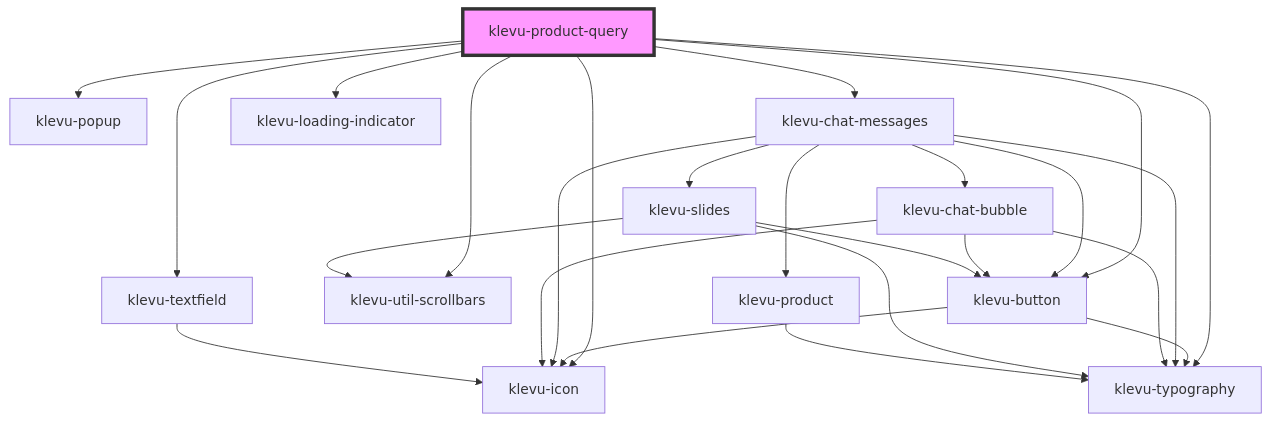
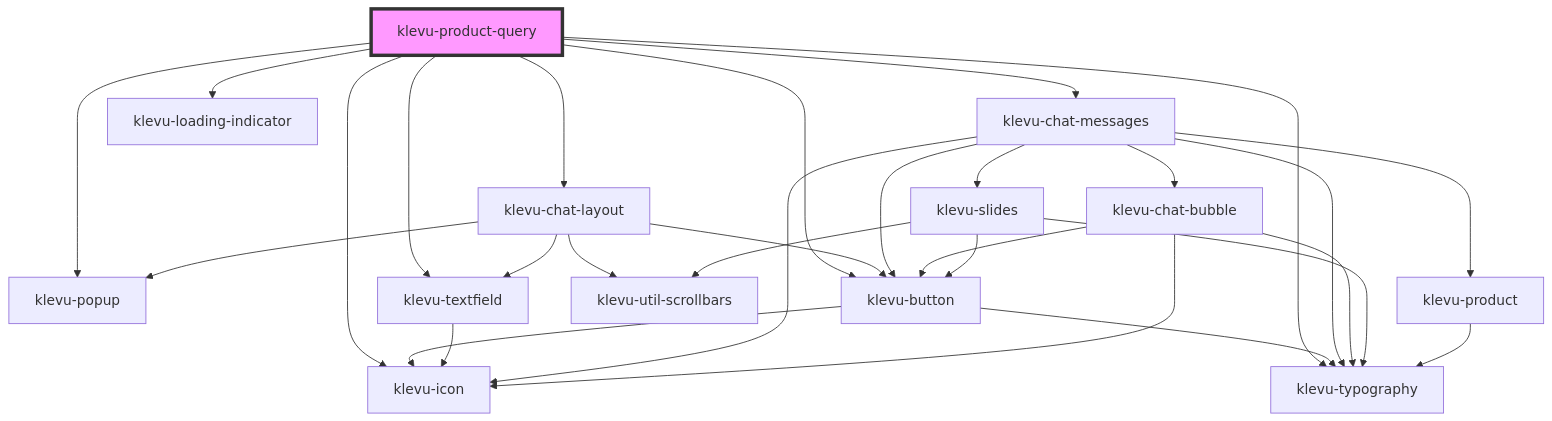
One commit to klevultd/frontend-sdk changed the diagram in packages/klevu-ui/src/components/klevu-product-query/readme.md. Above: the diagram before and after it, drawn with Mermaid. The commit also changed other lines of this file and 16 other files, not shown here.

````diff
--- a/packages/klevu-ui/src/components/klevu-product-query/readme.md
+++ b/packages/klevu-ui/src/components/klevu-product-query/readme.md
@@ -54,28 +51,32 @@
 ```mermaid
 graph TD;
   klevu-product-query --> klevu-popup
   klevu-product-query --> klevu-button
+  klevu-product-query --> klevu-chat-layout
   klevu-product-query --> klevu-typography
   klevu-product-query --> klevu-icon
-  klevu-product-query --> klevu-util-scrollbars
   klevu-product-query --> klevu-chat-messages
   klevu-product-query --> klevu-loading-indicator
   klevu-product-query --> klevu-textfield
   klevu-button --> klevu-icon
   klevu-button --> klevu-typography
+  klevu-chat-layout --> klevu-util-scrollbars
+  klevu-chat-layout --> klevu-popup
+  klevu-chat-layout --> klevu-button
+  klevu-chat-layout --> klevu-textfield
+  klevu-textfield --> klevu-icon
   klevu-chat-messages --> klevu-chat-bubble
   klevu-chat-messages --> klevu-icon
   klevu-chat-messages --> klevu-typography
   klevu-chat-messages --> klevu-button
   klevu-chat-messages --> klevu-slides
   klevu-chat-messages --> klevu-product
   klevu-chat-bubble --> klevu-typography
   klevu-chat-bubble --> klevu-icon
   klevu-chat-bubble --> klevu-button
   klevu-slides --> klevu-typography
   klevu-slides --> klevu-button
   klevu-slides --> klevu-util-scrollbars
   klevu-product --> klevu-typography
-  klevu-textfield --> klevu-icon
   style klevu-product-query fill:#f9f,stroke:#333,stroke-width:4px
 ```
````
